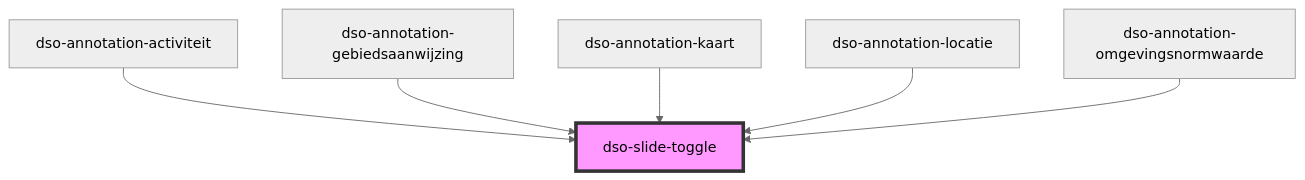
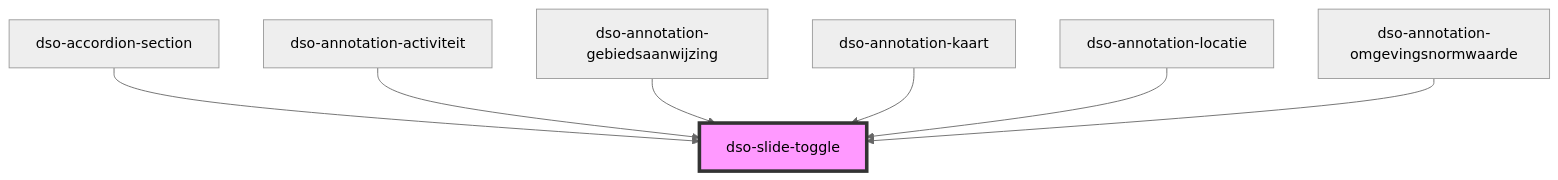
One commit to dso-toolkit/dso-toolkit changed the diagram in packages/core/src/components/slide-toggle/readme.md. Above: the diagram before and after it, drawn with Mermaid (neutral theme). The commit also changed other lines of this file and 20 other files, not shown here.

Commit message:
#2936 [Added] Accordion: Slide Toggle toevoegen aan sectie

````diff
--- a/packages/core/src/components/slide-toggle/readme.md
+++ b/packages/core/src/components/slide-toggle/readme.md
@@ -37,9 +38,10 @@
 ```mermaid
 graph TD;
+  dso-accordion-section --> dso-slide-toggle
   dso-annotation-activiteit --> dso-slide-toggle
   dso-annotation-gebiedsaanwijzing --> dso-slide-toggle
   dso-annotation-kaart --> dso-slide-toggle
   dso-annotation-locatie --> dso-slide-toggle
   dso-annotation-omgevingsnormwaarde --> dso-slide-toggle
   style dso-slide-toggle fill:#f9f,stroke:#333,stroke-width:4px
 ```
````
